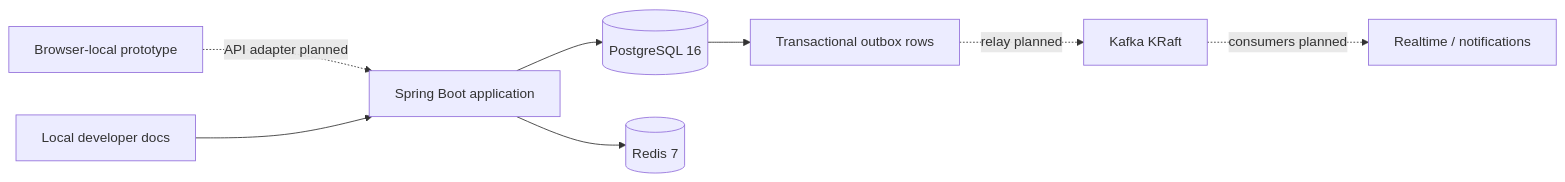
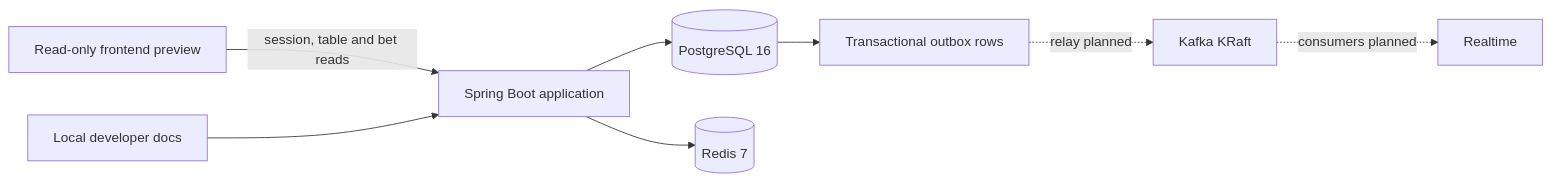
One commit to jackhudsonnnn/PVPicks changed the first of 2 diagrams in docs/site/architecture.md. Above: the diagram before and after it, drawn with Mermaid. The commit also changed other lines of this file and 147 other files, not shown here.

````diff
--- a/docs/site/architecture.md
+++ b/docs/site/architecture.md
@@ -7,10 +7,10 @@
 ```mermaid
 flowchart LR
-  Client["Browser-local prototype"] -. "API adapter planned" .-> App["Spring Boot application"]
+  Client["Read-only frontend preview"] -- "session, table and bet reads" --> App["Spring Boot application"]
   Docs["Local developer docs"] --> App
   App --> PG[("PostgreSQL 16")]
   App --> Redis[("Redis 7")]
   PG --> Outbox["Transactional outbox rows"]
   Outbox -. "relay planned" .-> Kafka["Kafka KRaft"]
-  Kafka -. "consumers planned" .-> Realtime["Realtime / notifications"]
+  Kafka -. "consumers planned" .-> Realtime["Realtime"]
 ```
````
